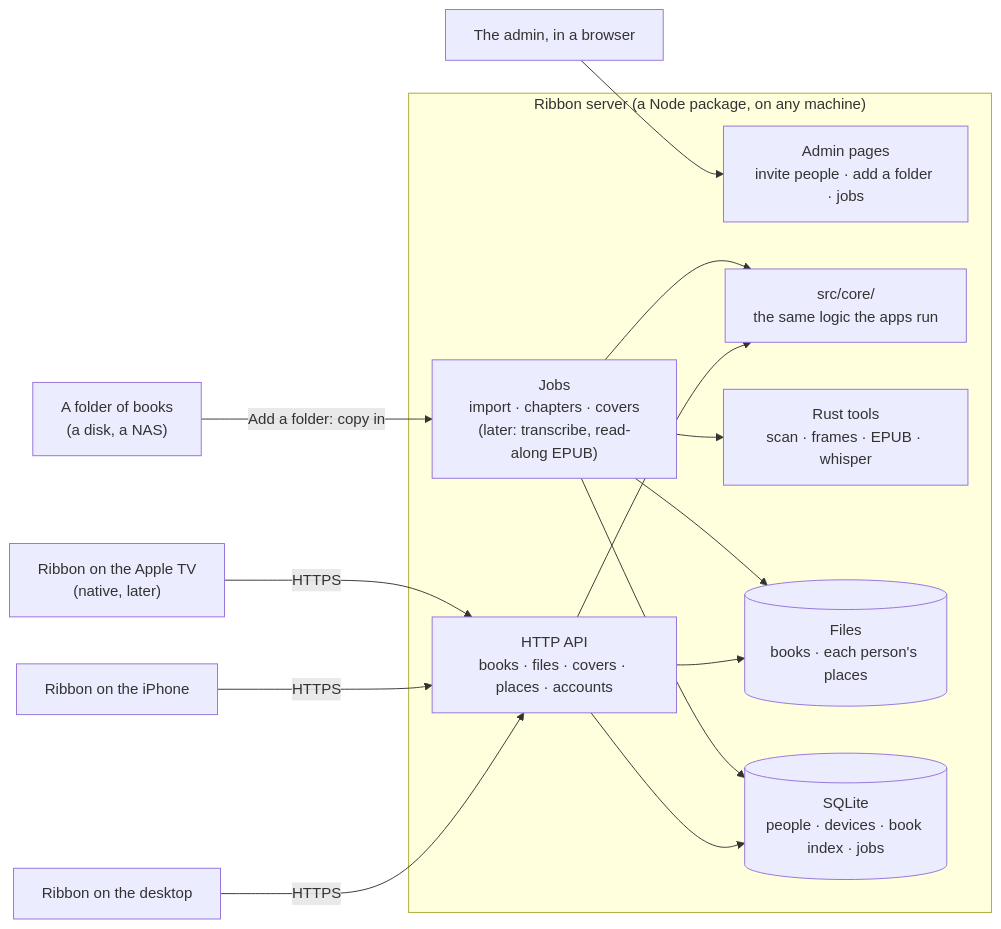
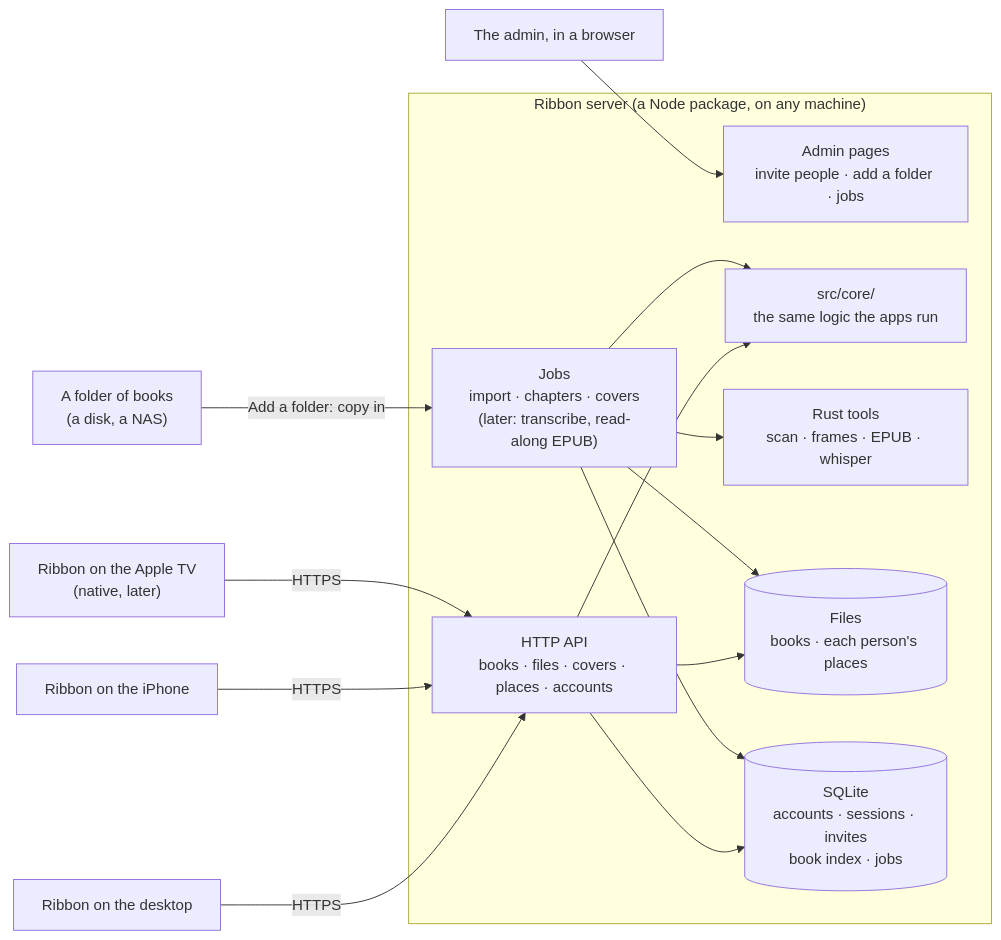
The diagram in docs/SERVER.md (KhalidAdan/ribbon), drawn with Mermaid before and after one commit. The commit also changed other lines of this file, not shown here.

First line of the commit message:
The server design: accounts with Better Auth

````diff
--- a/docs/SERVER.md
+++ b/docs/SERVER.md
@@ -55,19 +56,19 @@
 ```mermaid
 flowchart LR
   subgraph Server["Ribbon server (a Node package, on any machine)"]
     API["HTTP API<br/>books · files · covers · places · accounts"]
     Admin["Admin pages<br/>invite people · add a folder · jobs"]
     Jobs["Jobs<br/>import · chapters · covers<br/>(later: transcribe, read-along EPUB)"]
     Core["src/core/<br/>the same logic the apps run"]
     Tools["Rust tools<br/>scan · frames · EPUB · whisper"]
     Files[("Files<br/>books · each person's places")]
-    DB[("SQLite<br/>people · devices · book index · jobs")]
+    DB[("SQLite<br/>accounts · sessions · invites<br/>book index · jobs")]
   end
   Desktop["Ribbon on the desktop"] -- HTTPS --> API
   Phone["Ribbon on the iPhone"] -- HTTPS --> API
   TV["Ribbon on the Apple TV<br/>(native, later)"] -- HTTPS --> API
   Browser["The admin, in a browser"] --> Admin
   API --> Core & Files & DB
   Jobs --> Core & Tools & Files & DB
   Folder["A folder of books<br/>(a disk, a NAS)"] -- "Add a folder: copy in" --> Jobs
 ```
````
